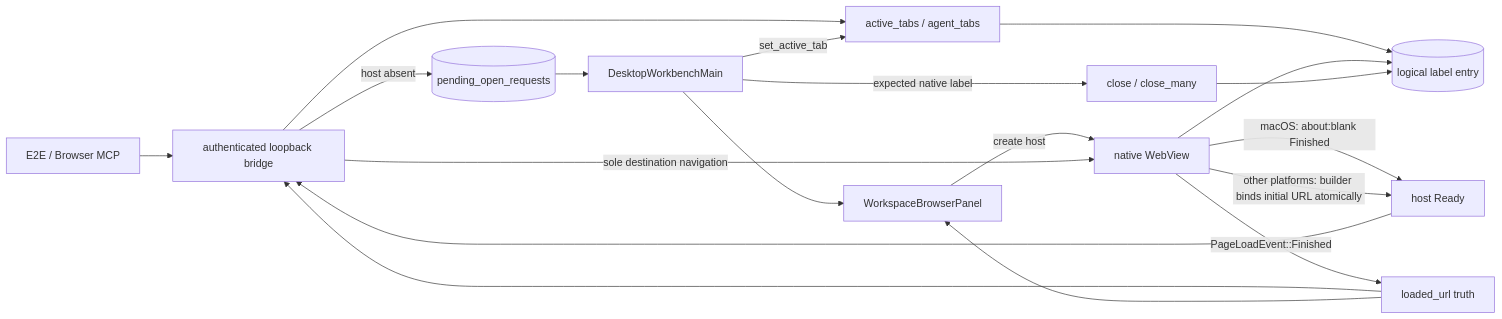
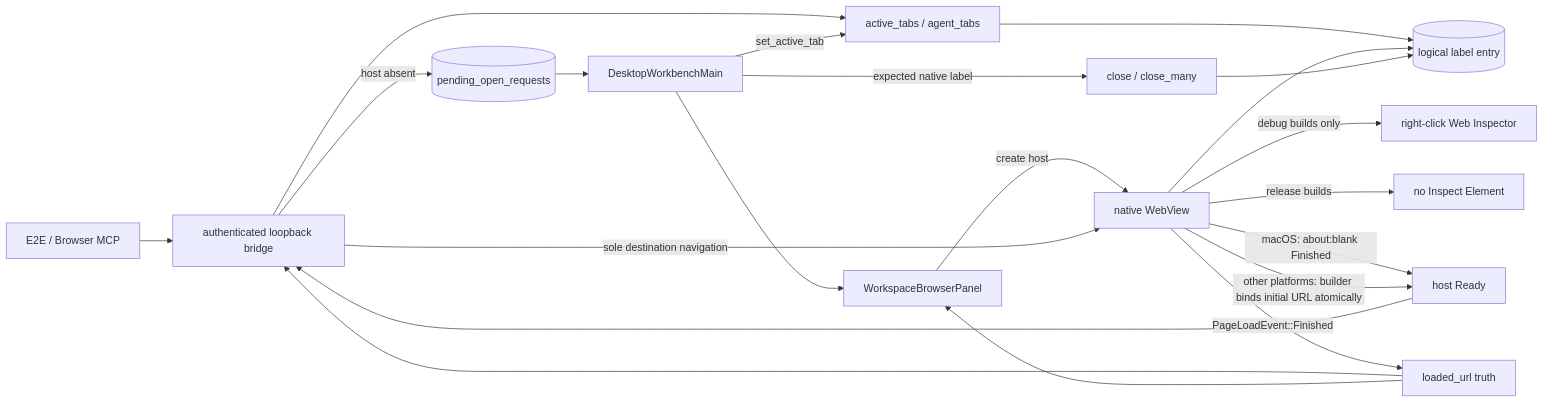
The first of 2 diagrams in docs/en/architecture/embedded-browser.md (wecode-ai/Wegent), drawn with Mermaid before and after one commit. The commit also changed other lines of this file and 6 other files, not shown here.

````diff
--- a/docs/en/architecture/embedded-browser.md
+++ b/docs/en/architecture/embedded-browser.md
@@ -9,21 +9,23 @@
 ```mermaid
 flowchart LR
     CALLER[E2E / Browser MCP] --> BRIDGE[authenticated loopback bridge]
     BRIDGE --> ROUTE[active_tabs / agent_tabs]
     ROUTE --> ENTRY[(logical label entry)]
     BRIDGE -->|host absent| PENDING[(pending_open_requests)]
     PENDING --> MAIN[DesktopWorkbenchMain]
     MAIN --> PANEL[WorkspaceBrowserPanel]
     PANEL -->|create host| WEBVIEW[native WebView]
     WEBVIEW --> ENTRY
+    WEBVIEW -->|debug builds only| INSPECTOR[right-click Web Inspector]
+    WEBVIEW -->|release builds| NOINSPECTOR[no Inspect Element]
     WEBVIEW -->|macOS: about:blank Finished| READY[host Ready]
     WEBVIEW -->|other platforms: builder binds initial URL atomically| READY
     READY --> BRIDGE
     BRIDGE -->|sole destination navigation| WEBVIEW
     WEBVIEW -->|PageLoadEvent::Finished| LOADED[loaded_url truth]
     LOADED --> BRIDGE
     LOADED --> PANEL
     MAIN -->|set_active_tab| ROUTE
     MAIN -->|expected native label| CLOSE[close / close_many]
     CLOSE --> ENTRY
 ```
````
